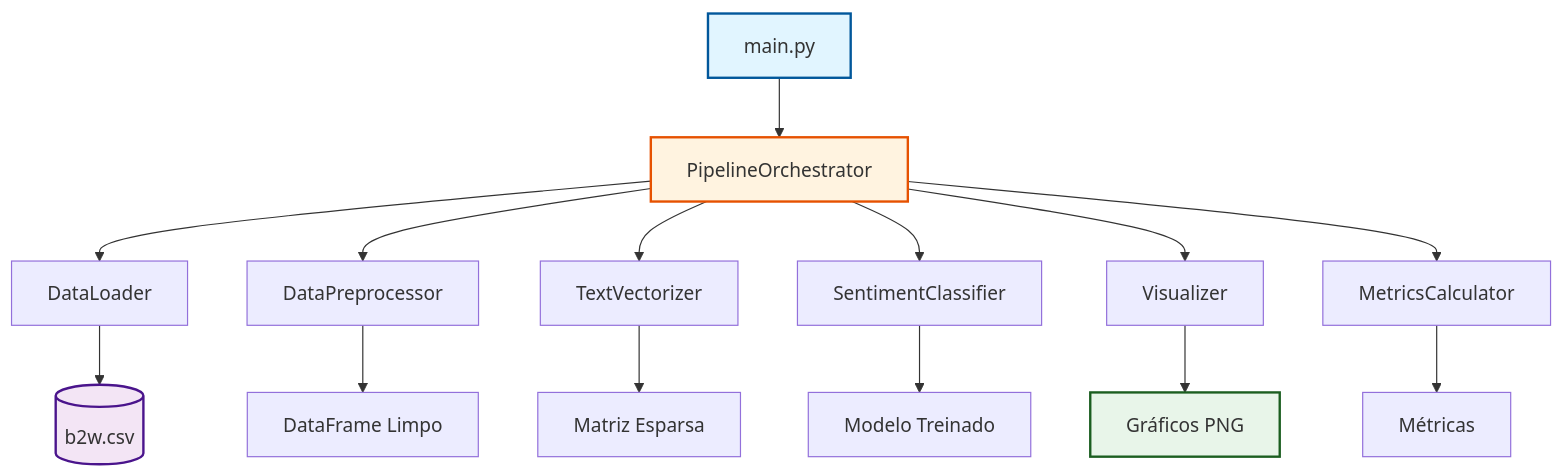
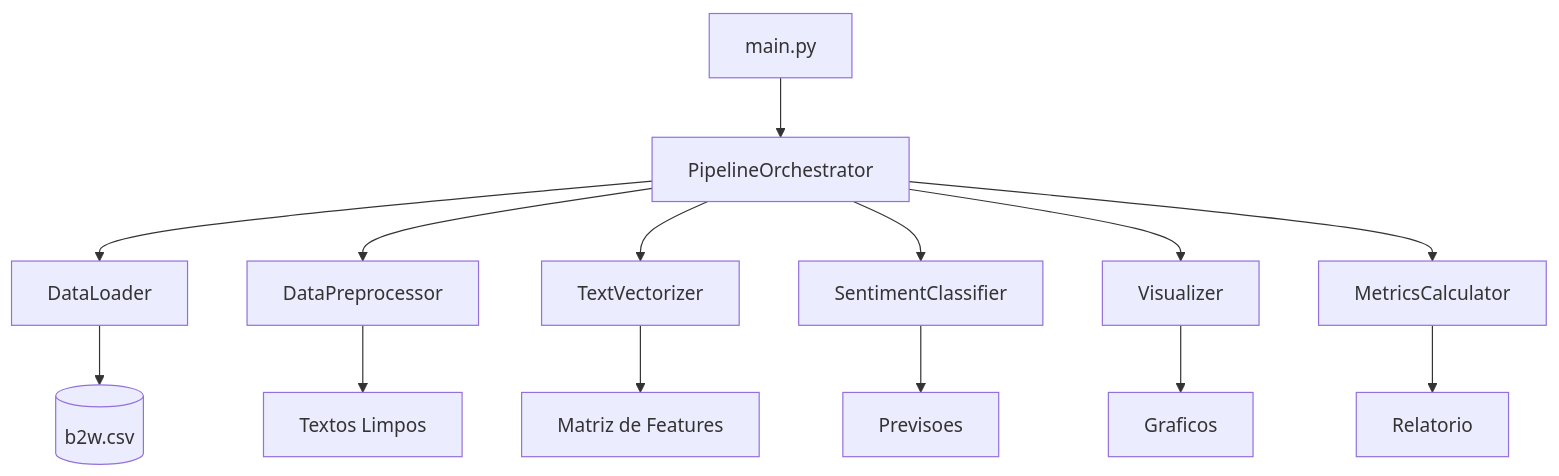
One commit to MAntonioST/analise_sentimentos changed the diagram in README.md. Above: the diagram before and after it, drawn with Mermaid. The commit also changed other lines of this file, not shown here.

Commit message:
doc(readme) correção diagrama de arquitetura
Removed architecture section and related diagrams from README.

````diff
--- a/README.md
+++ b/README.md
@@ -47,22 +33,16 @@
 ```mermaid
 graph TB
     A[main.py] --> B[PipelineOrchestrator]
     B --> C[DataLoader]
     B --> D[DataPreprocessor]
     B --> E[TextVectorizer]
     B --> F[SentimentClassifier]
     B --> G[Visualizer]
     B --> H[MetricsCalculator]
-    
     C --> I[(b2w.csv)]
-    D --> J[DataFrame Limpo]
-    E --> K[Matriz Esparsa]
-    F --> L[Modelo Treinado]
-    G --> M[Gráficos PNG]
-    H --> N[Métricas]
-    
-    style A fill:#e1f5ff,stroke:#01579b,stroke-width:2px
-    style B fill:#fff3e0,stroke:#e65100,stroke-width:2px
-    style I fill:#f3e5f5,stroke:#4a148c,stroke-width:2px
-    style M fill:#e8f5e9,stroke:#1b5e20,stroke-width:2px
+    D --> J[Textos Limpos]
+    E --> K[Matriz de Features]
+    F --> L[Previsoes]
+    G --> M[Graficos]
+    H --> N[Relatorio]
 ```
````
